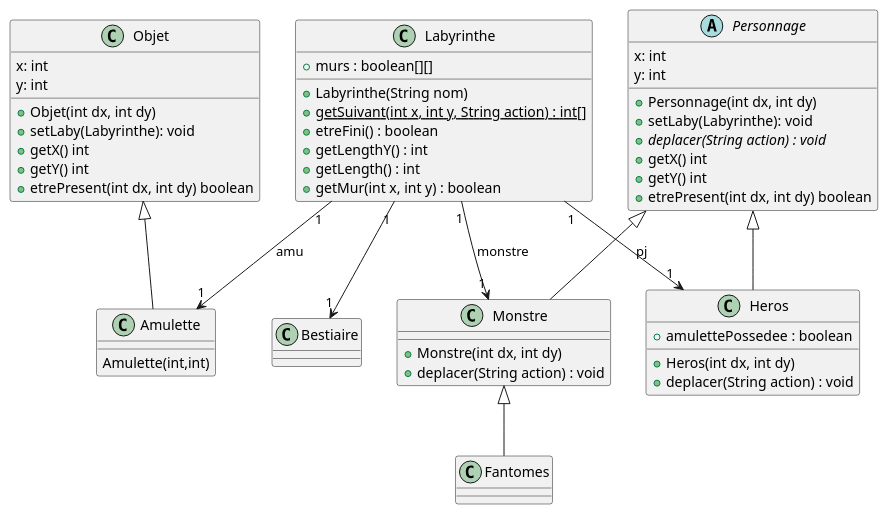
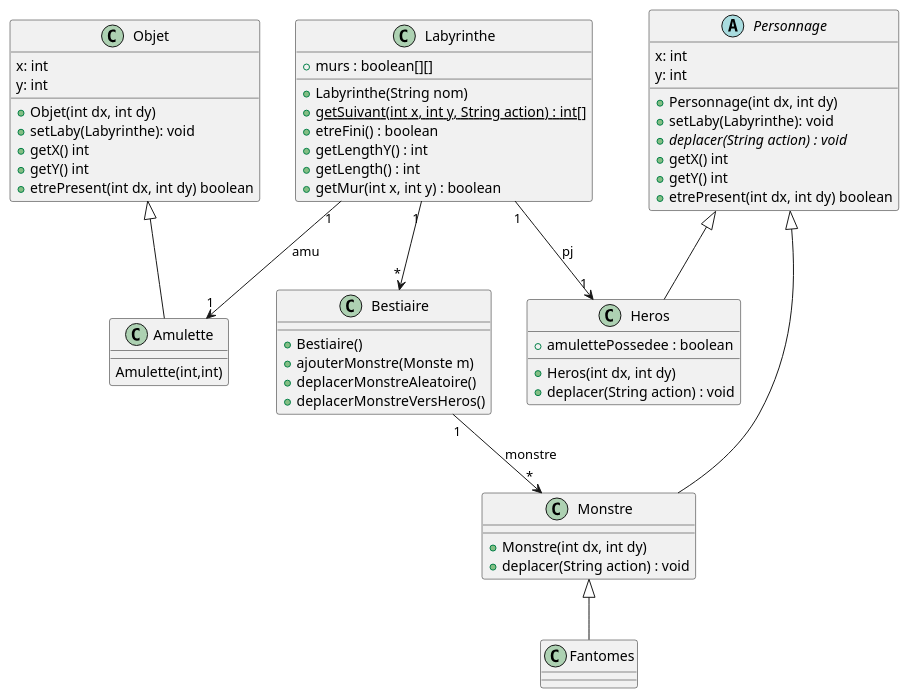
One commit to crochetremi/2025_Zeldiablo2_e20157u_e82008u_e89209u_e26078u changed the diagram in documents/version_4/DC_Bestiaire.puml. Above: the diagram before and after it, drawn with PlantUML. The commit also changed 1 other file, not shown here.

Commit message:
maj diagramme de classe Bestiaire

```diff
--- a/documents/version_4/DC_Bestiaire.puml
+++ b/documents/version_4/DC_Bestiaire.puml
@@ -1,159 +1,163 @@
 @startuml
 
 
 
     /'interface Jeu {
             +update(double secondes, Clavier clavier) : void
             +etreFini() : boolean
     }'/
 
     /'class Main {
         +{static} main(String[] args) : void
     }'/
 
     /'class MainLaby {
         +{static} main(String[] args) : void
     }'/
 
     /'class LabyJeu {
         '+laby : Labyrinthe
         +perso : Personnage
         +monstre : Personnage
         +LabyJeu():
         +LabyJeu(String):
         +update(double secondes, Clavier clavier) : void
         +init() : void
         +etreFini() : boolean
     }'/
 
     /'class LabyDessin {
         +dessinerJeu(Jeu jeu, Canvas canvas) : void
     }'/
 
     class Labyrinthe {
         /'
         +{static} MUR : char = 'X'
         +{static} PJ : char = 'P'
         +{static} M : char = 'M'
         +{static} VIDE : char = '.'
         +{static} HAUT : String = "Haut"
         +{static} BAS : String = "Bas"
         +{static} GAUCHE : String = "Gauche"
         +{static} DROITE : String = "Droite"
         '/
         +murs : boolean[][]
         +Labyrinthe(String nom)
         +{static} getSuivant(int x, int y, String action) : int[]
         +etreFini() : boolean
         +getLengthY() : int
         +getLength() : int
         +getMur(int x, int y) : boolean
     }
 
     class Bestiaire {
-
+        +Bestiaire()
+        +ajouterMonstre(Monste m)
+        +deplacerMonstreAleatoire()
+        +deplacerMonstreVersHeros()
     }
 
     abstract class Personnage {
         x: int
         y: int
         +Personnage(int dx, int dy)
         +setLaby(Labyrinthe): void
         +{abstract} deplacer(String action) : void
         +getX() int
         +getY() int
         +etrePresent(int dx, int dy) boolean
     }
+
 
 
     class Heros {
         + amulettePossedee : boolean
         +Heros(int dx, int dy)
         +deplacer(String action) : void
     }
 
     class Monstre {
         +Monstre(int dx, int dy)
         +deplacer(String action) : void
     }
 
     class Fantomes{
     }
 
     class Objet{
         x: int
         y: int
         +Objet(int dx, int dy)
         +setLaby(Labyrinthe): void
         +getX() int
         +getY() int
         +etrePresent(int dx, int dy) boolean
     }
 
     class Amulette{
         Amulette(int,int)
     }
 
 
 package "moteurJeu" {
     interface Jeu {
         +update(double secondes, Clavier clavier) : void
         +etreFini() : boolean
     }
 
     interface DessinJeu {
         +dessinerJeu(Jeu jeu, Canvas canvas) : void
     }
 
     class Clavier {
         +bas : boolean
         +haut : boolean
         +gauche : boolean
         +droite : boolean
     }
 
     class MoteurJeu {
         +{static} setTaille(int width, int height) : void
         +{static} setFPS(int fps) : void
         +{static} launch(Jeu jeu, DessinJeu dessin) : void
     }
 }
 
 ' Relations
 /'Jeu <|.. LabyJeu
 DessinJeu <|.. LabyDessin
 
 Labyrinthe --> Monstre
 Labyrinthe --> Heros
 
 
 LabyJeu --> Labyrinthe : contains
 Personnage <|-- Heros
 Personnage <|-- Monstre
 Labyrinthe --> Personnage
 
 
 Main ..> Labyrinthe : uses
 MainLaby ..> LabyJeu : creates
 MainLaby ..> LabyDessin : creates
 MainLaby ..> MoteurJeu : uses
 
 LabyJeu ..> Clavier : uses
 LabyDessin ..> LabyJeu : uses
 '/
 
-Labyrinthe "1" --> "1" Bestiaire
-Labyrinthe "1" --> "1" Monstre : monstre
+Labyrinthe "1" --> "*" Bestiaire
+Bestiaire "1" --> "*" Monstre : monstre
 Labyrinthe "1" --> "1" Heros : pj
 Labyrinthe "1" --> "1" Amulette : amu
 
 Personnage <|-- Heros
 Personnage <|-- Monstre
 Monstre <|-- Fantomes
 Objet <|-- Amulette
 
 
 
 remove moteurJeu
 
 @enduml
```
